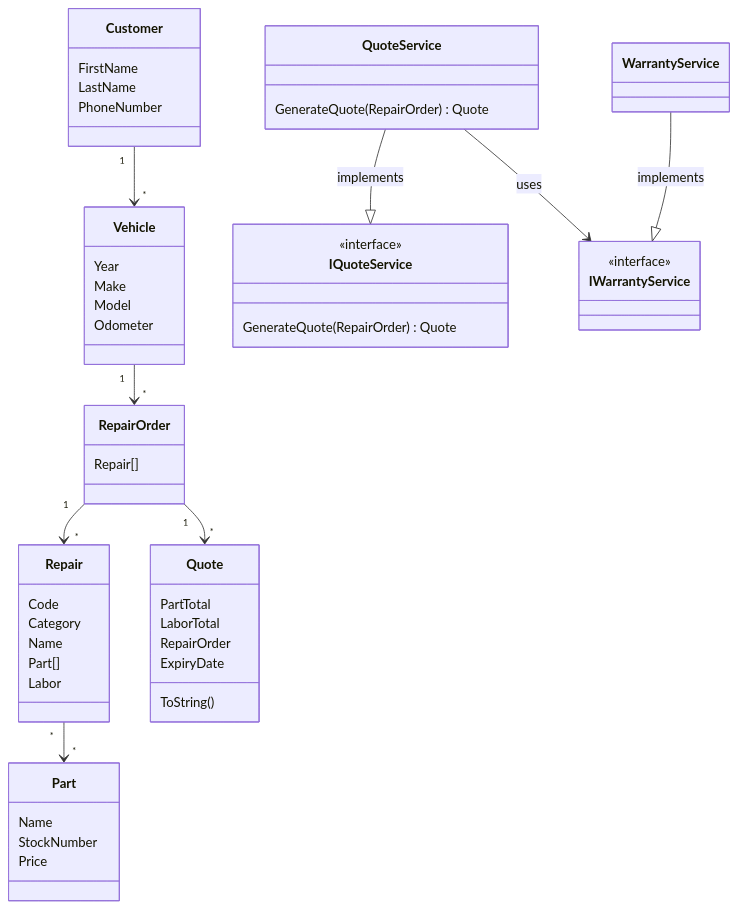
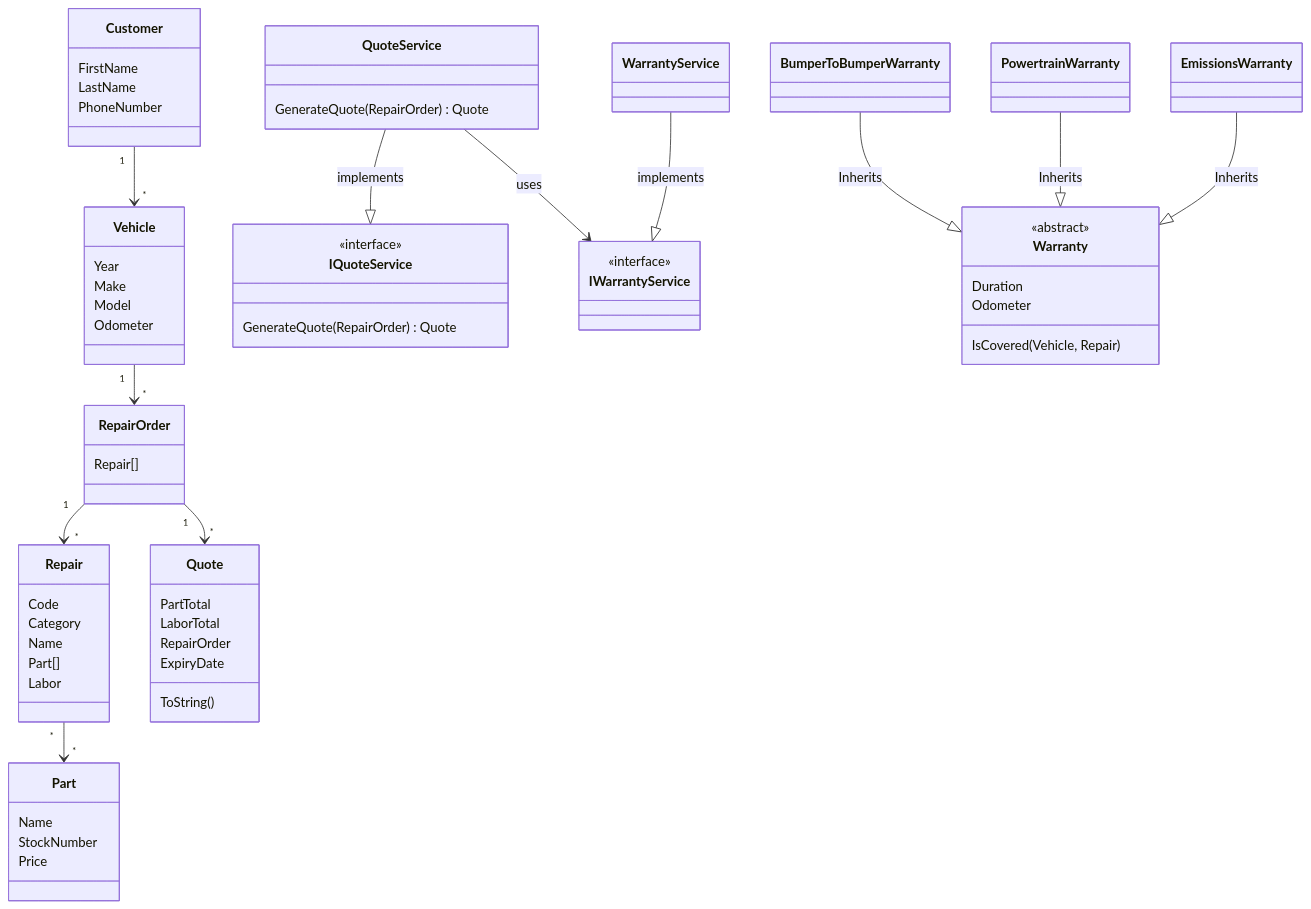
The diagram in 09-together.md (MelGrubb/ps-oo-cs10), drawn with Mermaid before and after one commit. The commit also changed 16 other files, not shown here.

````diff
--- a/09-together.md
+++ b/09-together.md
@@ -68,4 +68,23 @@
 	class WarrantyService {
 	}
 	WarrantyService --|> IWarrantyService : implements
+
+	class Warranty {
+		<<abstract>>
+		Duration
+		Odometer
+		IsCovered(Vehicle, Repair)
+	}
+
+	class BumperToBumperWarranty {
+	}
+	BumperToBumperWarranty --|> Warranty : Inherits
+
+	class PowertrainWarranty {
+	}
+	PowertrainWarranty --|> Warranty : Inherits
+
+	class EmissionsWarranty {
+	}
+	EmissionsWarranty --|> Warranty : Inherits
 ```
````
